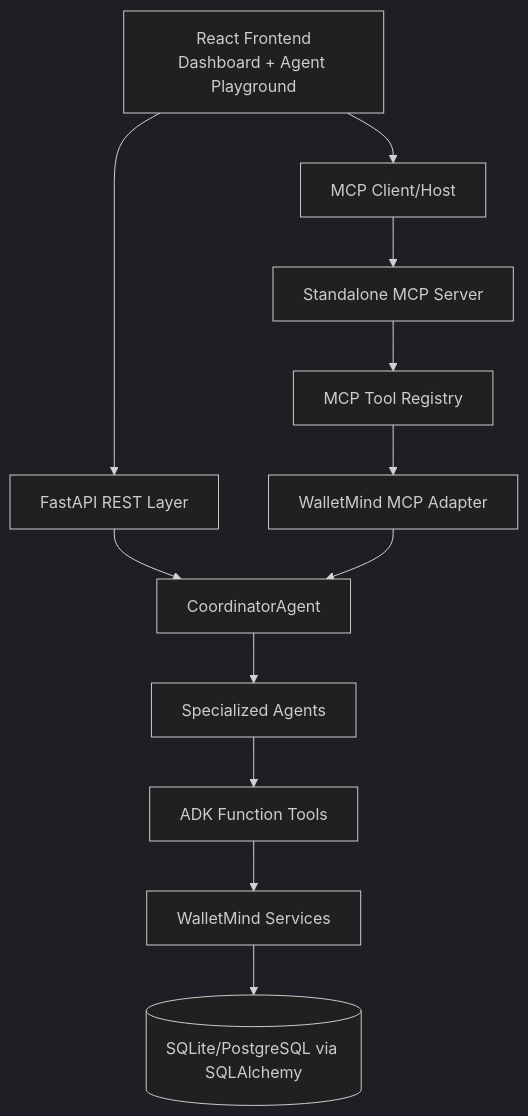
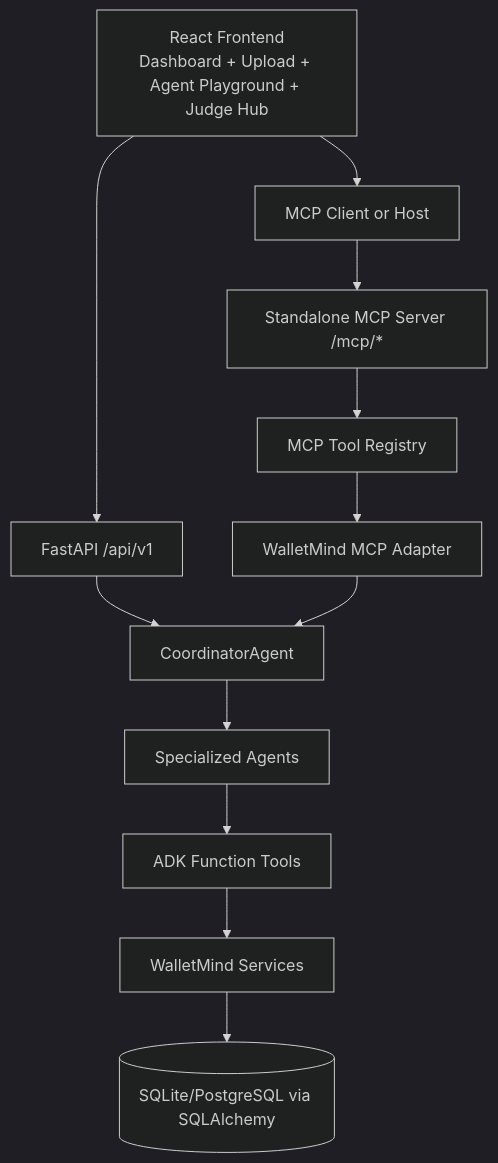
One commit to Abhinav-B-19/WalletMind changed the first of 9 diagrams in docs/judge/ARCHITECTURE.md. Above: the diagram before and after it, drawn with Mermaid (dark theme). The commit also changed other lines of this file and 7 other files, not shown here.

Commit message:
Kaggle notebook foundation, competition writeup, architecture diagrams, and judge documentation

````diff
--- a/docs/judge/ARCHITECTURE.md
+++ b/docs/judge/ARCHITECTURE.md
@@ -7,16 +7,16 @@
 ```mermaid
 flowchart TD
-    UI[React Frontend\nDashboard + Agent Playground] --> REST[FastAPI REST Layer]
-    UI --> MCPClient[MCP Client/Host]
-    MCPClient --> MCPServer[Standalone MCP Server]
+    UI[React Frontend\nDashboard + Upload + Agent Playground + Judge Hub] --> REST[FastAPI /api/v1]
+    UI --> MCPHOST[MCP Client or Host]
+    MCPHOST --> MCPSERVER[Standalone MCP Server /mcp/*]
 
-    REST --> Coordinator[CoordinatorAgent]
-    Coordinator --> Agents[Specialized Agents]
-    Agents --> Tools[ADK Function Tools]
-    Tools --> Services[WalletMind Services]
-    Services --> DB[(SQLite/PostgreSQL via SQLAlchemy)]
+    REST --> COORD[CoordinatorAgent]
+    COORD --> SPEC[Specialized Agents]
+    SPEC --> TOOLS[ADK Function Tools]
+    TOOLS --> SERVICES[WalletMind Services]
+    SERVICES --> DB[(SQLite/PostgreSQL via SQLAlchemy)]
 
-    MCPServer --> MCPRegistry[MCP Tool Registry]
-    MCPRegistry --> MCPAdapter[WalletMind MCP Adapter]
-    MCPAdapter --> Coordinator
+    MCPSERVER --> REG[MCP Tool Registry]
+    REG --> ADAPTER[WalletMind MCP Adapter]
+    ADAPTER --> COORD
 ```
````
